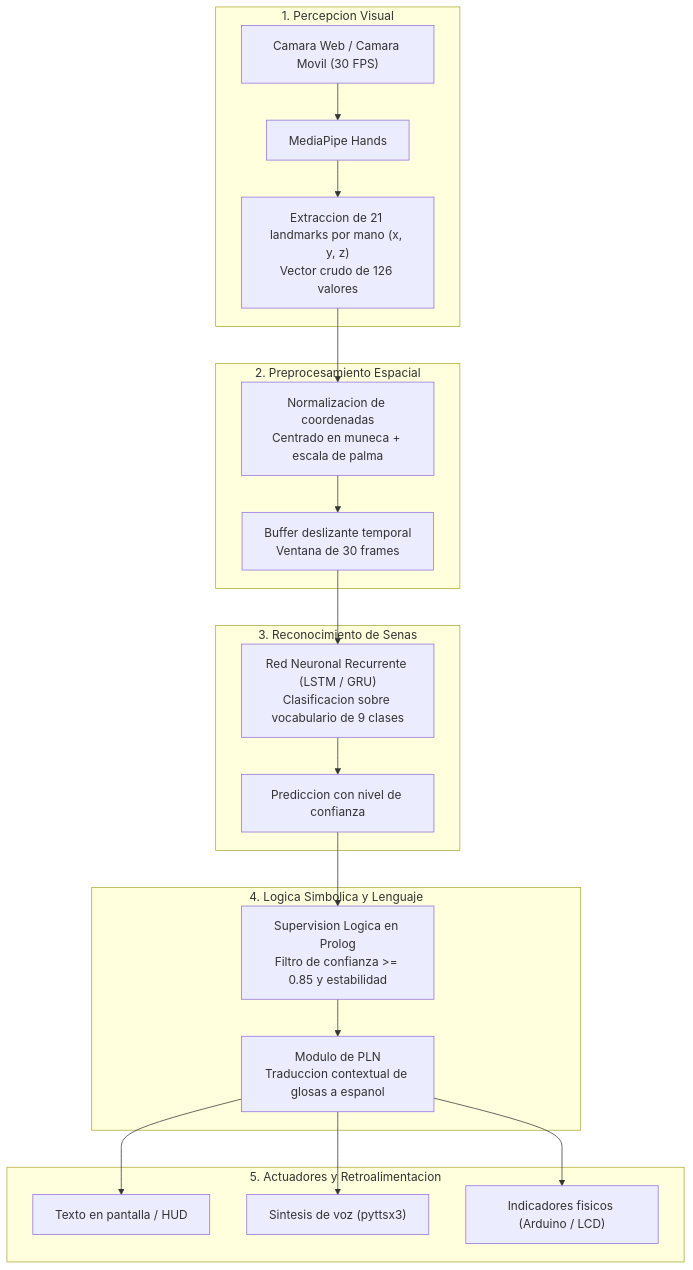
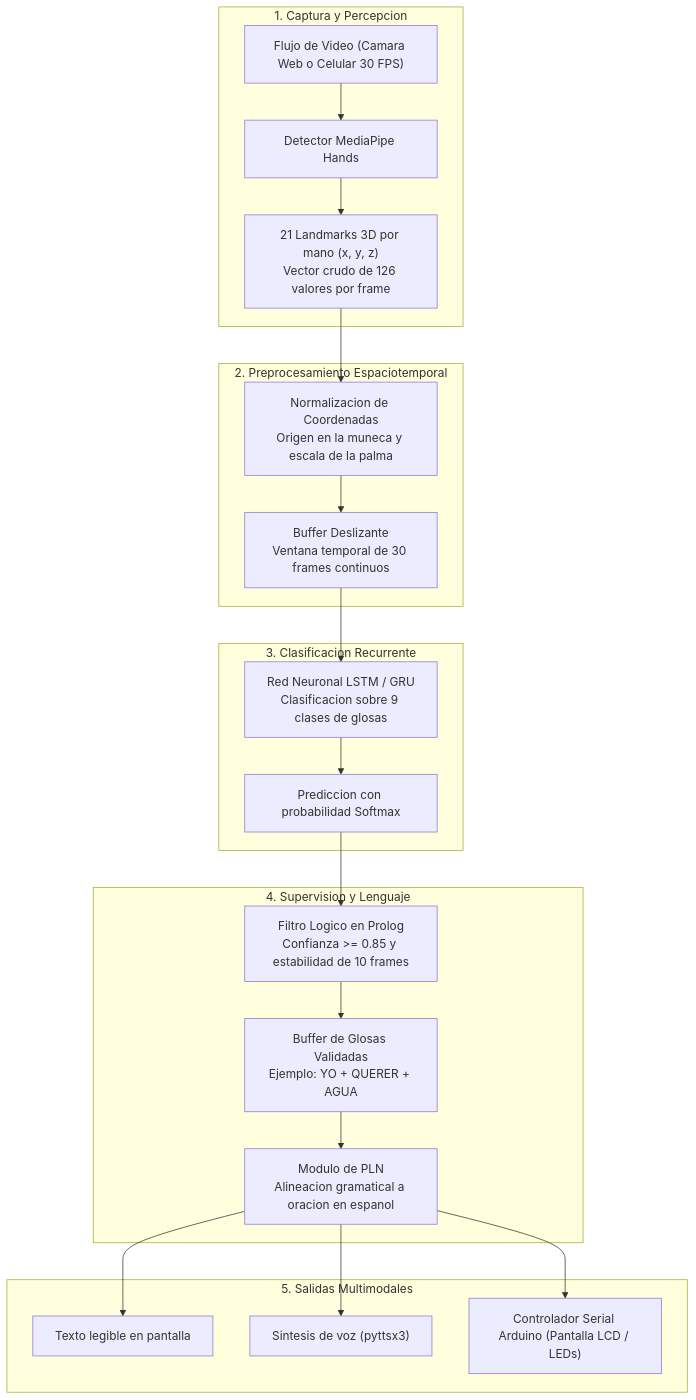
One commit to mrln-trrs/interprete-lsp changed the first of 3 diagrams in article.md. Above: the diagram before and after it, drawn with Mermaid. The commit also changed other lines of this file, not shown here.

````diff
--- a/article.md
+++ b/article.md
@@ -44,28 +31,29 @@
 ```mermaid
 flowchart TD
-    subgraph Percepcion["1. Percepcion Visual"]
-        A["Camara Web / Camara Movil (30 FPS)"] --> B["MediaPipe Hands"]
-        B --> C["Extraccion de 21 landmarks por mano (x, y, z)\nVector crudo de 126 valores"]
+    subgraph Capa1["1. Captura y Percepcion"]
+        A["Flujo de Video (Camara Web o Celular 30 FPS)"] --> B["Detector MediaPipe Hands"]
+        B --> C["21 Landmarks 3D por mano (x, y, z)\nVector crudo de 126 valores por frame"]
     end
 
-    subgraph Normalizacion["2. Preprocesamiento Espacial"]
-        C --> D["Normalizacion de coordenadas\nCentrado en muneca + escala de palma"]
-        D --> E["Buffer deslizante temporal\nVentana de 30 frames"]
+    subgraph Capa2["2. Preprocesamiento Espaciotemporal"]
+        C --> D["Normalizacion de Coordenadas\nOrigen en la muneca y escala de la palma"]
+        D --> E["Buffer Deslizante\nVentana temporal de 30 frames continuos"]
     end
 
-    subgraph Modelado["3. Reconocimiento de Senas"]
-        E --> F["Red Neuronal Recurrente (LSTM / GRU)\nClasificacion sobre vocabulario de 9 clases"]
-        F --> G["Prediccion con nivel de confianza"]
+    subgraph Capa3["3. Clasificacion Recurrente"]
+        E --> F["Red Neuronal LSTM / GRU\nClasificacion sobre 9 clases de glosas"]
+        F --> G["Prediccion con probabilidad Softmax"]
     end
 
-    subgraph LogicaPLN["4. Logica Simbolica y Lenguaje"]
-        G --> H["Supervision Logica en Prolog\nFiltro de confianza >= 0.85 y estabilidad"]
-        H --> I["Modulo de PLN\nTraduccion contextual de glosas a espanol"]
+    subgraph Capa4["4. Supervision y Lenguaje"]
+        G --> H["Filtro Logico en Prolog\nConfianza >= 0.85 y estabilidad de 10 frames"]
+        H --> I["Buffer de Glosas Validadas\nEjemplo: YO + QUERER + AGUA"]
+        I --> J["Modulo de PLN\nAlineacion gramatical a oracion en espanol"]
     end
 
-    subgraph Salidas["5. Actuadores y Retroalimentacion"]
-        I --> J["Texto en pantalla / HUD"]
-        I --> K["Sintesis de voz (pyttsx3)"]
-        I --> L["Indicadores fisicos (Arduino / LCD)"]
+    subgraph Capa5["5. Salidas Multimodales"]
+        J --> K["Texto legible en pantalla"]
+        J --> L["Sintesis de voz (pyttsx3)"]
+        J --> M["Controlador Serial Arduino (Pantalla LCD / LEDs)"]
     end
 ```
````
